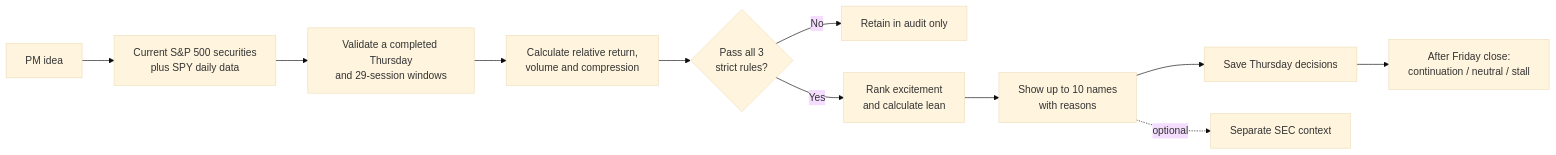
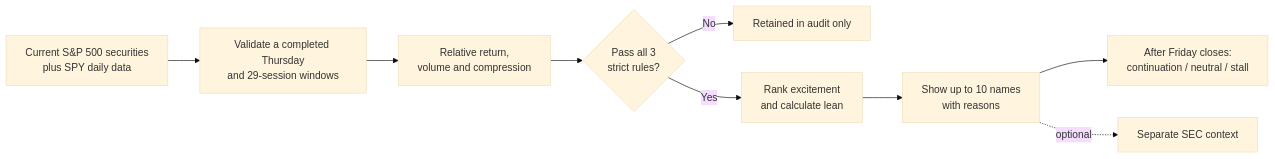
Before and after one commit to assortedsphinx6/short-horizon-equity-screen: the diagram in README.md, drawn with Mermaid (base theme). The commit also changed other lines of this file and 4 other files, not shown here.

````diff
--- a/README.md
+++ b/README.md
@@ -9,13 +66,11 @@
 ```mermaid
 flowchart LR
-    A[PM idea] --> B[Current S&P 500 securities<br/>plus SPY daily data]
-    B --> C[Validate a completed Thursday<br/>and 29-session windows]
-    C --> D[Calculate relative return,<br/>volume and compression]
-    D --> E{Pass all 3<br/>strict rules?}
-    E -- No --> F[Retain in audit only]
-    E -- Yes --> G[Rank excitement<br/>and calculate lean]
-    G --> H[Show up to 10 names<br/>with reasons]
-    H --> I[Save Thursday decisions]
-    I --> J[After Friday close:<br/>continuation / neutral / stall]
-    H -. optional .-> K[Separate SEC context]
+    A[Current S&P 500 securities<br/>plus SPY daily data] --> B[Validate a completed Thursday<br/>and 29-session windows]
+    B --> C[Relative return,<br/>volume and compression]
+    C --> D{Pass all 3<br/>strict rules?}
+    D -- No --> E[Retained in audit only]
+    D -- Yes --> F[Rank excitement<br/>and calculate lean]
+    F --> G[Show up to 10 names<br/>with reasons]
+    G --> H[After Friday closes:<br/>continuation / neutral / stall]
+    G -. optional .-> I[Separate SEC context]
 ```
````
